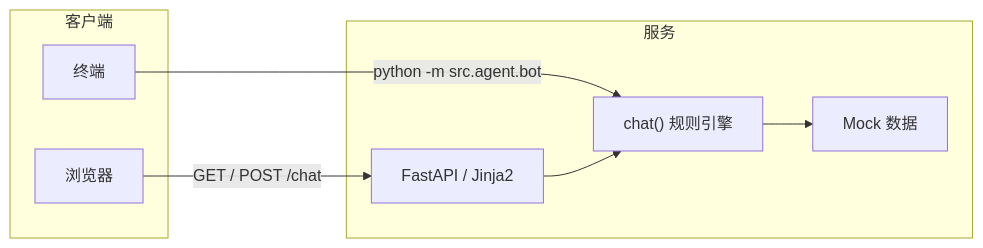
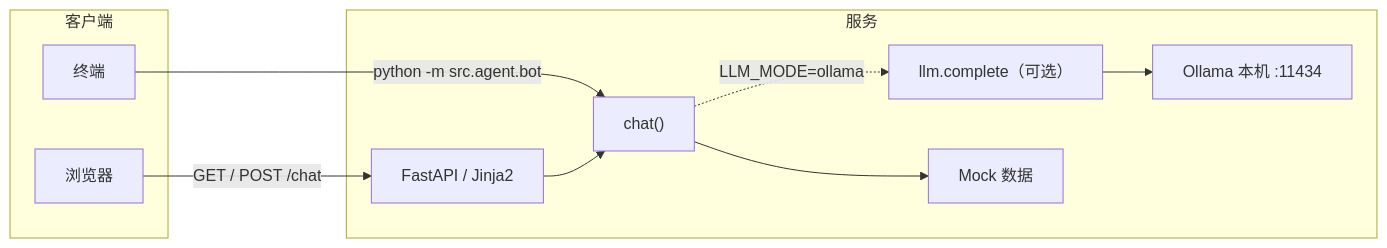
Before and after one commit to zhuweinan98/where-to-go: the diagram in docs/技术方案.md, drawn with Mermaid. The commit also changed other lines of this file and 7 other files, not shown here.

````diff
--- a/docs/技术方案.md
+++ b/docs/技术方案.md
@@ -17,16 +19,20 @@
 ```mermaid
 flowchart LR
   subgraph client [客户端]
     B[浏览器]
     T[终端]
   end
   subgraph server [服务]
     W[FastAPI / Jinja2]
-    A["chat() 规则引擎"]
+    A["chat()"]
+    L["llm.complete（可选）"]
     D[Mock 数据]
+    O[Ollama 本机 :11434]
   end
   B -->|GET / POST /chat| W
   T -->|python -m src.agent.bot| A
   W --> A
   A --> D
+  A -.->|LLM_MODE=ollama| L
+  L --> O
 ```
````
